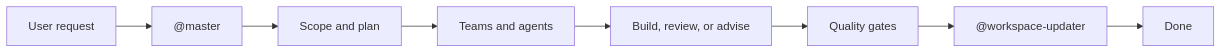
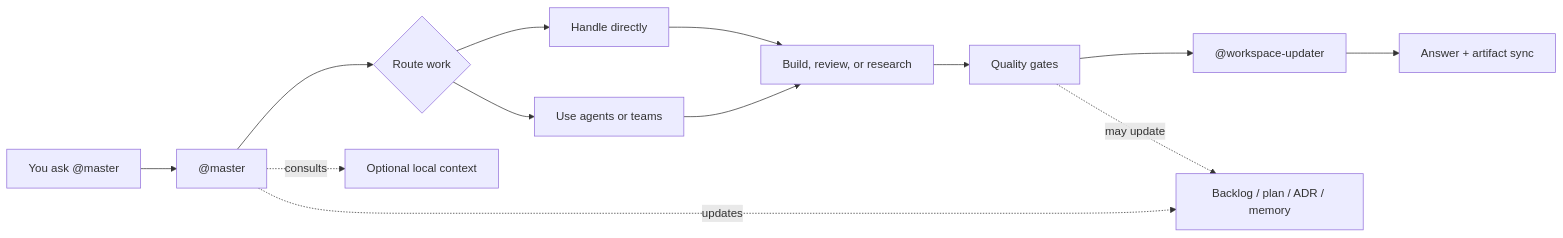
The diagram in README.md (Konstantinos-Sakellariou/claude-team-kit), drawn with Mermaid before and after one commit. The commit also changed other lines of this file and 17 other files, not shown here.

````diff
--- a/README.md
+++ b/README.md
@@ -84,10 +84,16 @@
 ```mermaid
 flowchart LR
-    USER["User request"] --> MASTER["@master"]
-    MASTER --> PLAN["Scope and plan"]
-    PLAN --> TEAMS["Teams and agents"]
-    TEAMS --> WORK["Build, review, or advise"]
+    USER["You ask @master"] --> MASTER["@master"]
+    MASTER --> ROUTE{"Route work"}
+    ROUTE --> DIRECT["Handle directly"]
+    ROUTE --> TEAMS["Use agents or teams"]
+    DIRECT --> WORK["Build, review, or research"]
+    TEAMS --> WORK
     WORK --> GATES["Quality gates"]
     GATES --> UPDATE["@workspace-updater"]
-    UPDATE --> DONE["Done"]
+    UPDATE --> DONE["Answer + artifact sync"]
+
+    MASTER -. consults .-> LOCAL["Optional local context"]
+    MASTER -. updates .-> ART["Backlog / plan / ADR / memory"]
+    GATES -. may update .-> ART
 ```
````
